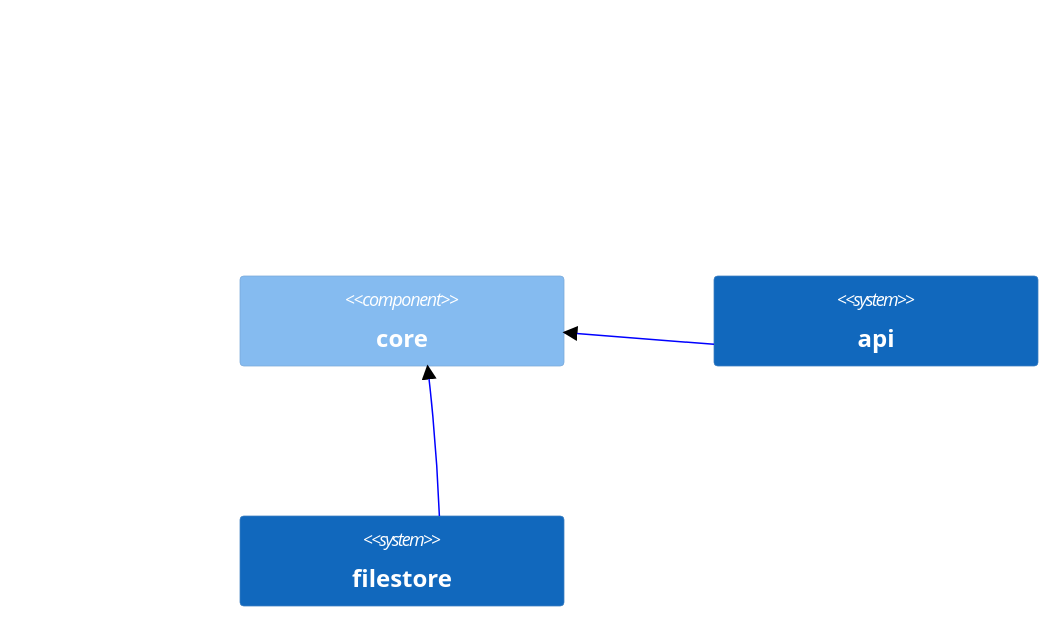
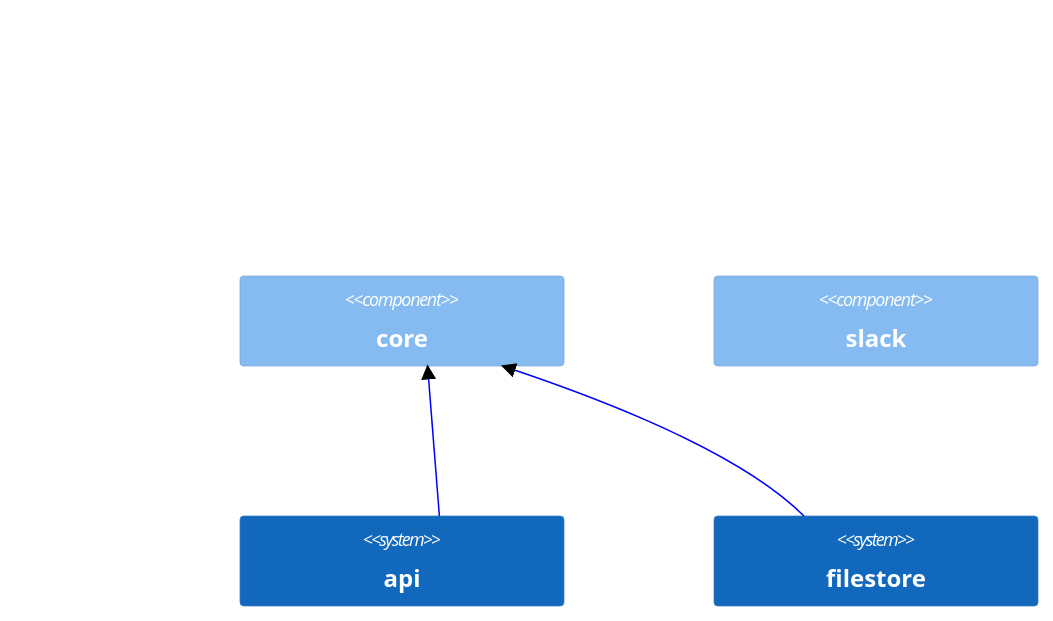
One commit to albertlatacz/shift-left-kotlin changed the diagram in README.md. Above: the diagram before and after it, drawn with Mermaid (forest theme). The commit also changed other lines of this file and 4 other files, not shown here.

````diff
--- a/README.md
+++ b/README.md
@@ -18,11 +19,12 @@
 ```mermaid
 C4Context        
    UpdateLayoutConfig($c4ShapeInRow="2")                           
    Component(core, "core")
+   Component(slack, "slack")
    System(api, "api")
    System(filestore, "filestore")
    Rel(api, core, " ") 
    UpdateRelStyle(api, core, $lineColor="blue")
    Rel(filestore, core, " ") 
    UpdateRelStyle(filestore, core, $lineColor="blue")                
 ```
````
